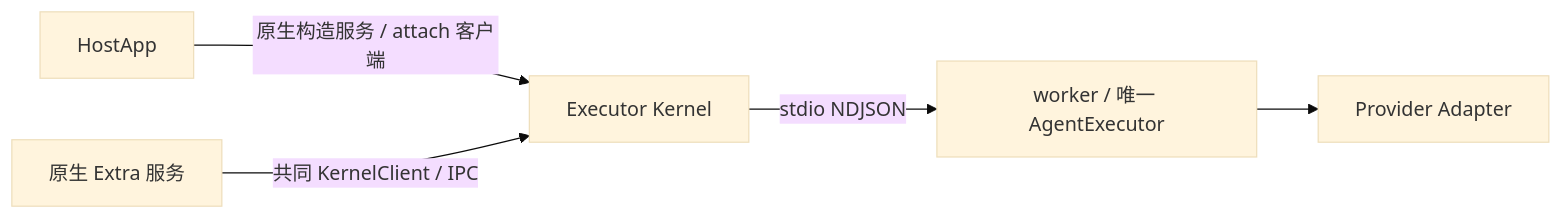
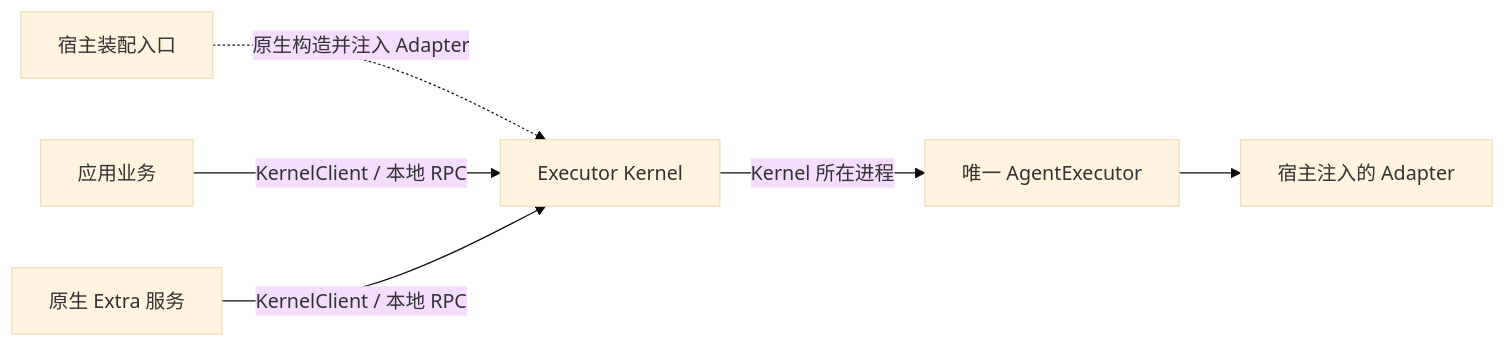
The diagram in .octospec/rules/local-execution.md (Liuxy20/octo-runtime), drawn with Mermaid (base theme) before and after one commit. The commit also changed other lines of this file and 289 other files, not shown here.

````diff
--- a/.octospec/rules/local-execution.md
+++ b/.octospec/rules/local-execution.md
@@ -23,7 +23,8 @@
 ```mermaid
 flowchart LR
-  App[HostApp] -->|原生构造服务 / attach 客户端| K[Executor Kernel]
-  Extra[原生 Extra 服务] -->|共同 KernelClient / IPC| K
-  K -->|stdio NDJSON| W[worker / 唯一 AgentExecutor]
-  W --> A[Provider Adapter]
+  Host[宿主装配入口] -.->|原生构造并注入 Adapter| K[Executor Kernel]
+  App[应用业务] -->|KernelClient / 本地 RPC| K
+  Extra[原生 Extra 服务] -->|KernelClient / 本地 RPC| K
+  K -->|Kernel 所在进程| Core[唯一 AgentExecutor]
+  Core --> A[宿主注入的 Adapter]
 ```
````
